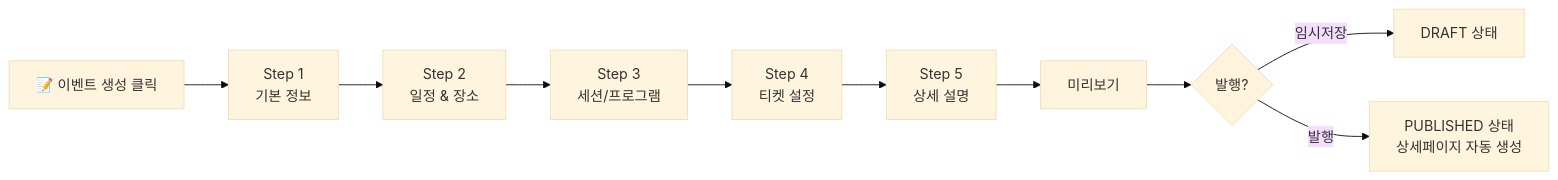
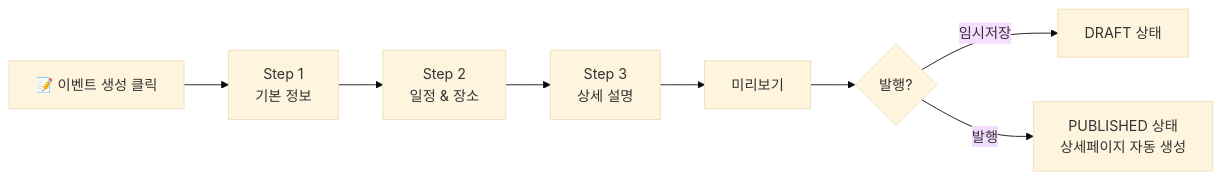
Before and after one commit to newlecture-ibm2/team3-jangane-venueon: the first of 7 diagrams in MVP_아키텍처_v3.md, drawn with Mermaid (base theme). The commit also changed other lines of this file and 1 other file, not shown here.

````diff
--- a/MVP_아키텍처_v3.md
+++ b/MVP_아키텍처_v3.md
@@ -66,12 +66,10 @@
 ```mermaid
 flowchart LR
     A["📝 이벤트 생성 클릭"] --> B["Step 1\n기본 정보"]
     B --> C["Step 2\n일정 & 장소"]
-    C --> D["Step 3\n세션/프로그램"]
-    D --> E["Step 4\n티켓 설정"]
-    E --> F["Step 5\n상세 설명"]
-    F --> G["미리보기"]
-    G --> H{"발행?"}
-    H -->|"임시저장"| I["DRAFT 상태"]
-    H -->|"발행"| J["PUBLISHED 상태\n상세페이지 자동 생성"]
+    C --> D["Step 3\n상세 설명"]
+    D --> E["미리보기"]
+    E --> F{"발행?"}
+    F -->|"임시저장"| G["DRAFT 상태"]
+    F -->|"발행"| H["PUBLISHED 상태\n상세페이지 자동 생성"]
 ```
````
